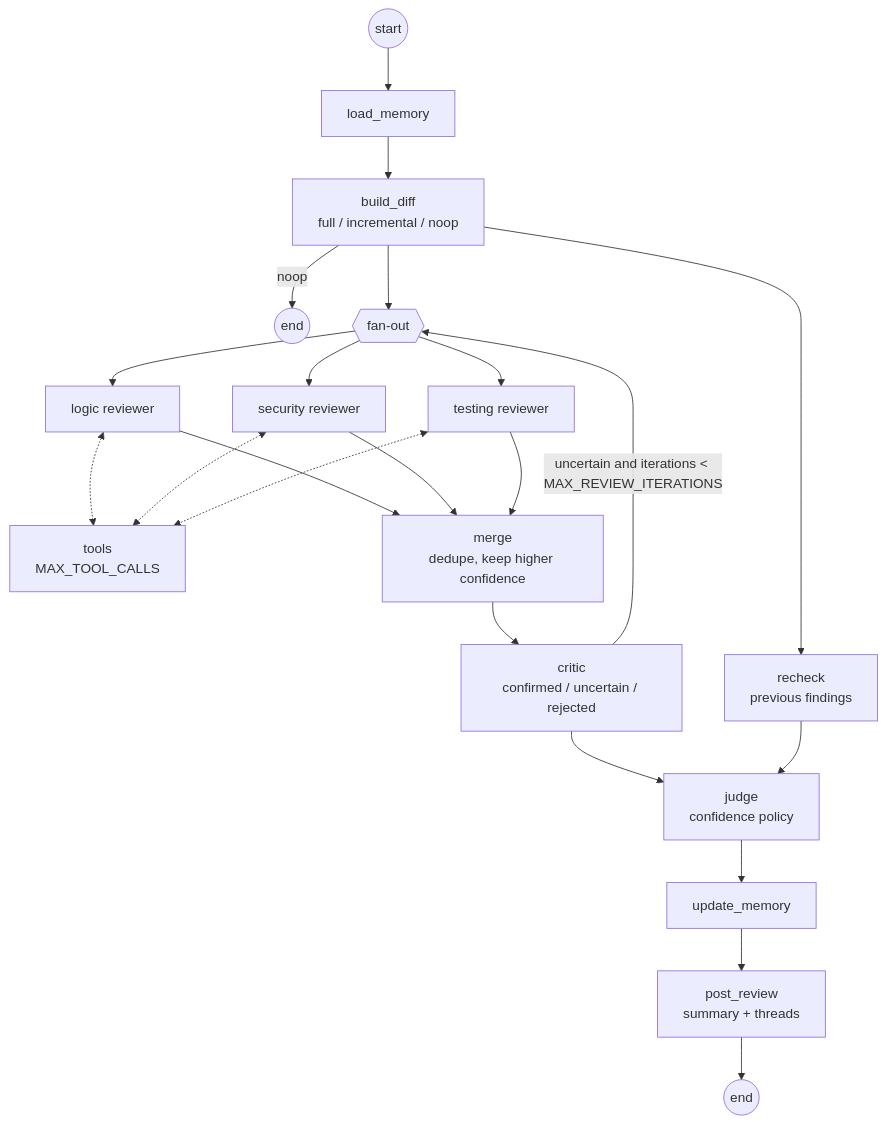
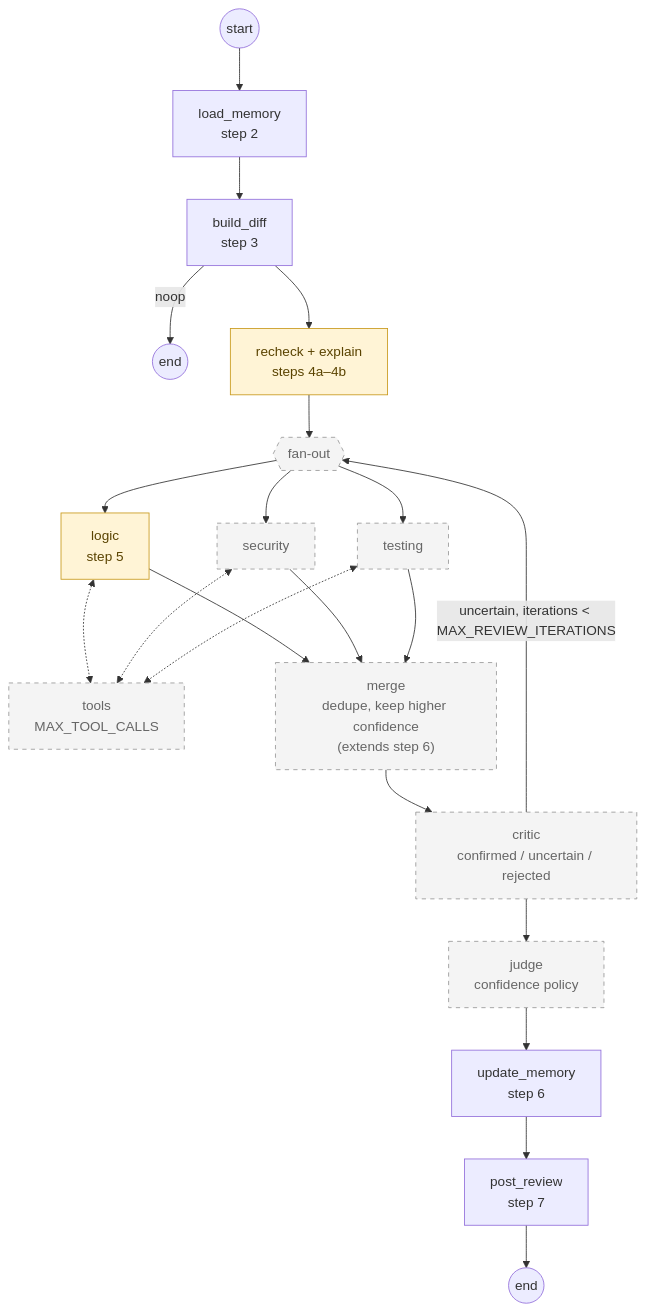
One commit to bryanChatsirichai/github_agentic_pr_reviewer changed diagram 14 of 14 in docs/agentic-pr-review-system-design.v1.md. Above: the diagram before and after it, drawn with Mermaid. The commit also changed other lines of this file and 3 other files, not shown here.

Commit message:
Docs: Update architecture and roadmap

````diff
--- a/docs/agentic-pr-review-system-design.v1.md
+++ b/docs/agentic-pr-review-system-design.v1.md
@@ -858,20 +876,22 @@
 ```mermaid
 flowchart TD
-    START((start)) --> LM[load_memory]
-    LM --> BD["build_diff<br/>full / incremental / noop"]
+    START((start)) --> LM["load_memory<br/>step 2"]
+    LM --> BD["build_diff<br/>step 3"]
     BD -->|noop| END1((end))
-    BD --> FAN{{fan-out}}
-    BD --> RC["recheck<br/>previous findings"]
-    FAN --> LR[logic reviewer]
-    FAN --> SR[security reviewer]
-    FAN --> TR[testing reviewer]
+    BD --> RC["recheck + explain<br/>steps 4a–4b"]
+    RC --> FAN{{"fan-out"}}
+    FAN --> LR["logic<br/>step 5"] & SR["security"] & TR["testing"]
     LR & SR & TR <-.-> TOOLS["tools<br/>MAX_TOOL_CALLS"]
-    LR & SR & TR --> MG["merge<br/>dedupe, keep higher confidence"]
+    LR & SR & TR --> MG["merge<br/>dedupe, keep higher confidence<br/>(extends step 6)"]
     MG --> CR["critic<br/>confirmed / uncertain / rejected"]
-    CR -->|"uncertain and iterations < MAX_REVIEW_ITERATIONS"| FAN
+    CR -->|"uncertain, iterations < MAX_REVIEW_ITERATIONS"| FAN
     CR --> JD["judge<br/>confidence policy"]
-    RC --> JD
-    JD --> UM[update_memory]
-    UM --> PO["post_review<br/>summary + threads"]
+    JD --> UM["update_memory<br/>step 6"]
+    UM --> PO["post_review<br/>step 7"]
     PO --> END2((end))
+
+    classDef llm fill:#fff4d6,stroke:#c99a1d,color:#5a4300
+    classDef planned stroke-dasharray: 5 5,fill:#f4f4f4,stroke:#999,color:#666
+    class RC,LR llm
+    class FAN,SR,TR,TOOLS,MG,CR,JD planned
 ```
````
